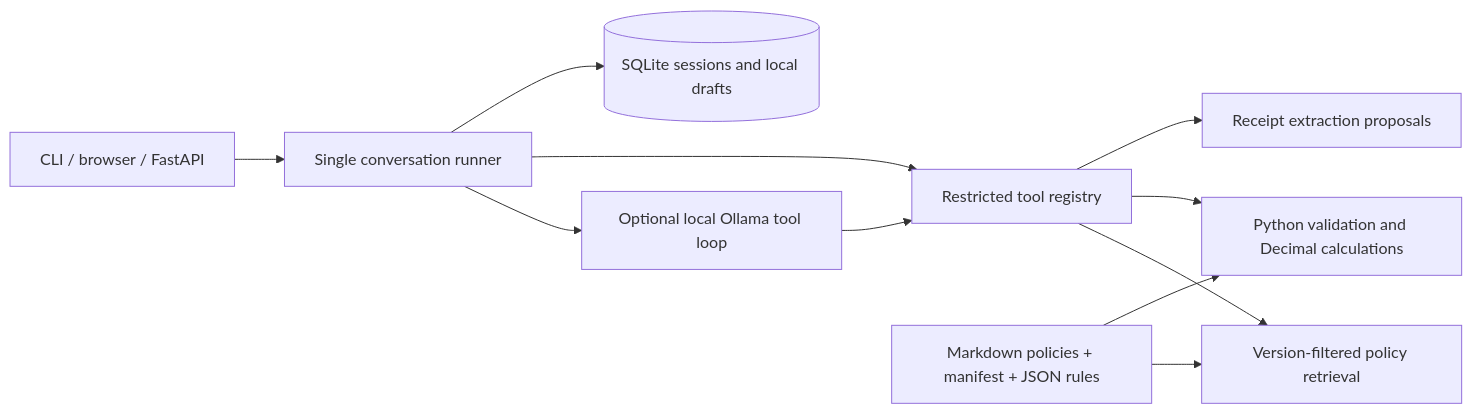
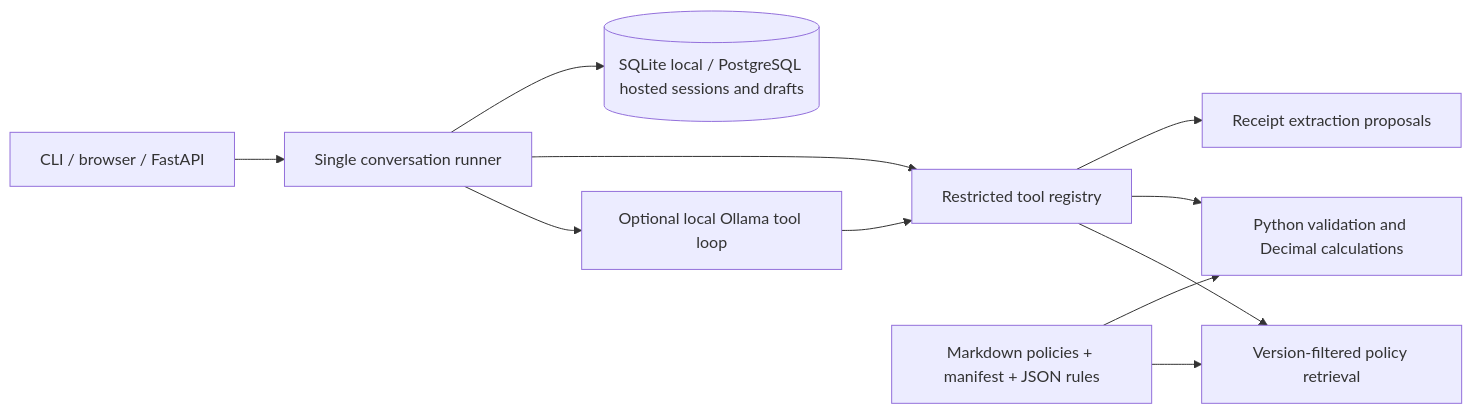
One commit to AinaSyazzweenSuraya/AI-Claim-Assistant changed the diagram in docs/architecture.md. Above: the diagram before and after it, drawn with Mermaid. The commit also changed other lines of this file and 26 other files, not shown here.

````diff
--- a/docs/architecture.md
+++ b/docs/architecture.md
@@ -3,13 +3,13 @@
 ```mermaid
 flowchart LR
   UI[CLI / browser / FastAPI] --> A[Single conversation runner]
   A --> L[Optional local Ollama tool loop]
   L --> T[Restricted tool registry]
   A --> T
   T --> R[Version-filtered policy retrieval]
   T --> V[Python validation and Decimal calculations]
   T --> E[Receipt extraction proposals]
-  A --> DB[(SQLite sessions and local drafts)]
+  A --> DB[(SQLite local / PostgreSQL hosted sessions and drafts)]
   P[Markdown policies + manifest + JSON rules] --> R
   P --> V
 ```
````
